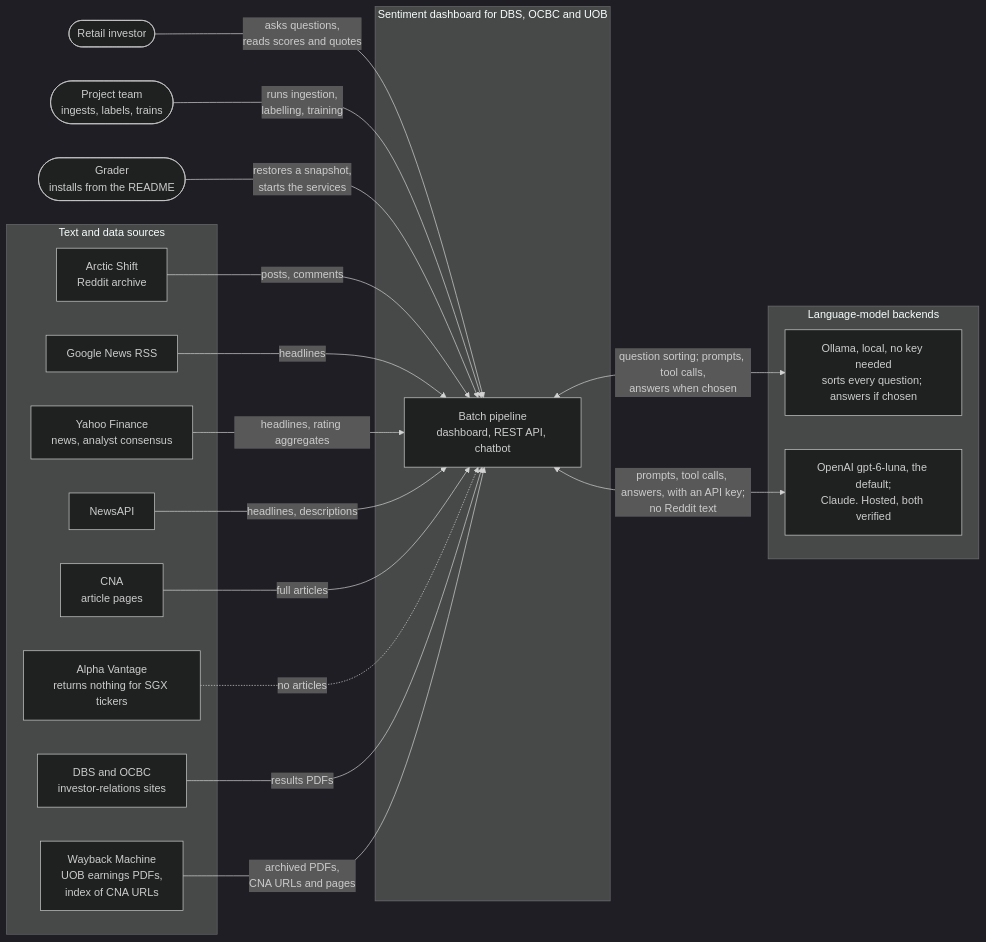
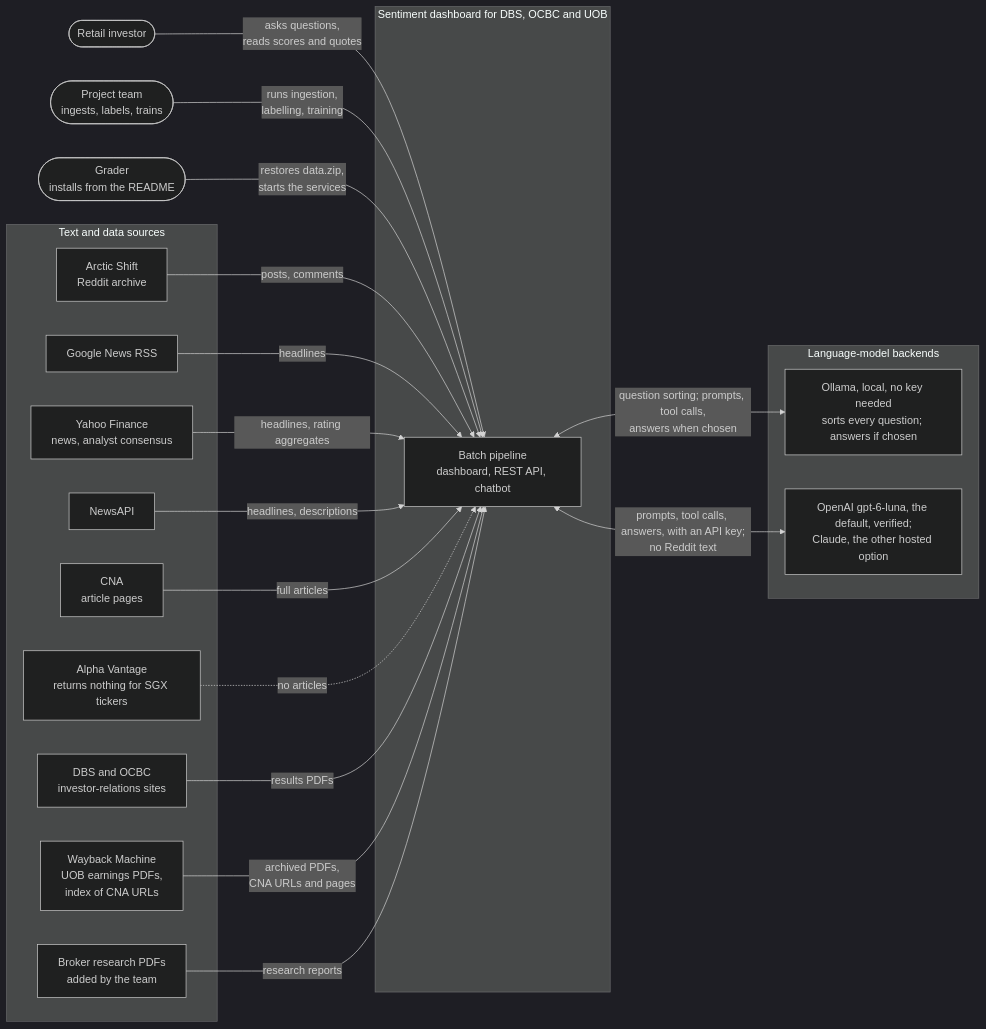
One commit to Gavingyh/plp-project changed the diagram in docs/diagrams/01-system-context.md. Above: the diagram before and after it, drawn with Mermaid (dark theme). The commit also changed other lines of this file and 124 other files, not shown here.

````diff
--- a/docs/diagrams/01-system-context.md
+++ b/docs/diagrams/01-system-context.md
@@ -7,45 +7,47 @@
 ```mermaid
 flowchart LR
   accTitle: System context
-  accDescr: The sentiment system with its three kinds of user, its five text and data sources, and its four model backends.
+  accDescr: The sentiment system with its three kinds of user, its text and data sources, and its language-model backends.
 
   investor(["Retail investor"])
   team(["Project team<br/>ingests, labels, trains"])
   grader(["Grader<br/>installs from the README"])
 
   subgraph sys["Sentiment dashboard for DBS, OCBC and UOB"]
     core["Batch pipeline<br/>dashboard, REST API, chatbot"]
   end
 
   subgraph sources["Text and data sources"]
     reddit["Arctic Shift<br/>Reddit archive"]
     gnews["Google News RSS"]
     yahoo["Yahoo Finance<br/>news, analyst consensus"]
     newsapi["NewsAPI"]
     cna["CNA<br/>article pages"]
     av["Alpha Vantage<br/>returns nothing for SGX tickers"]
     ir["DBS and OCBC<br/>investor-relations sites"]
     wayback["Wayback Machine<br/>UOB earnings PDFs,<br/>index of CNA URLs"]
+    broker["Broker research PDFs<br/>added by the team"]
   end
 
   subgraph llms["Language-model backends"]
     ollama["Ollama, local, no key needed<br/>sorts every question; answers if chosen"]
-    hosted["OpenAI gpt-6-luna, the default;<br/>Claude. Hosted, both verified"]
+    hosted["OpenAI gpt-6-luna, the default, verified;<br/>Claude, the other hosted option"]
   end
 
   investor -- "asks questions,<br/>reads scores and quotes" --> core
   team -- "runs ingestion,<br/>labelling, training" --> core
-  grader -- "restores a snapshot,<br/>starts the services" --> core
+  grader -- "restores data.zip,<br/>starts the services" --> core
 
   reddit -- "posts, comments" --> core
   gnews -- "headlines" --> core
   yahoo -- "headlines, rating aggregates" --> core
   newsapi -- "headlines, descriptions" --> core
   cna -- "full articles" --> core
   av -. "no articles" .-> core
   ir -- "results PDFs" --> core
   wayback -- "archived PDFs,<br/>CNA URLs and pages" --> core
+  broker -- "research reports" --> core
 
   core <-- "question sorting; prompts, tool calls,<br/>answers when chosen" --> ollama
   core <-- "prompts, tool calls, answers, with an API key;<br/>no Reddit text" --> hosted
 ```
````
